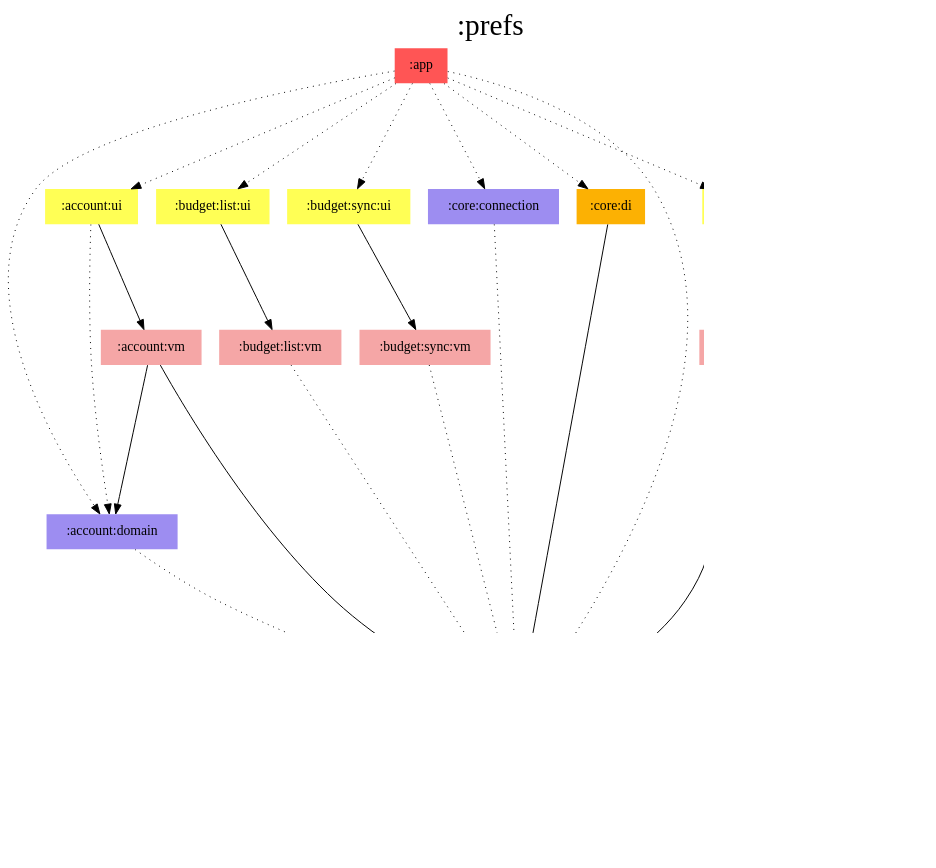
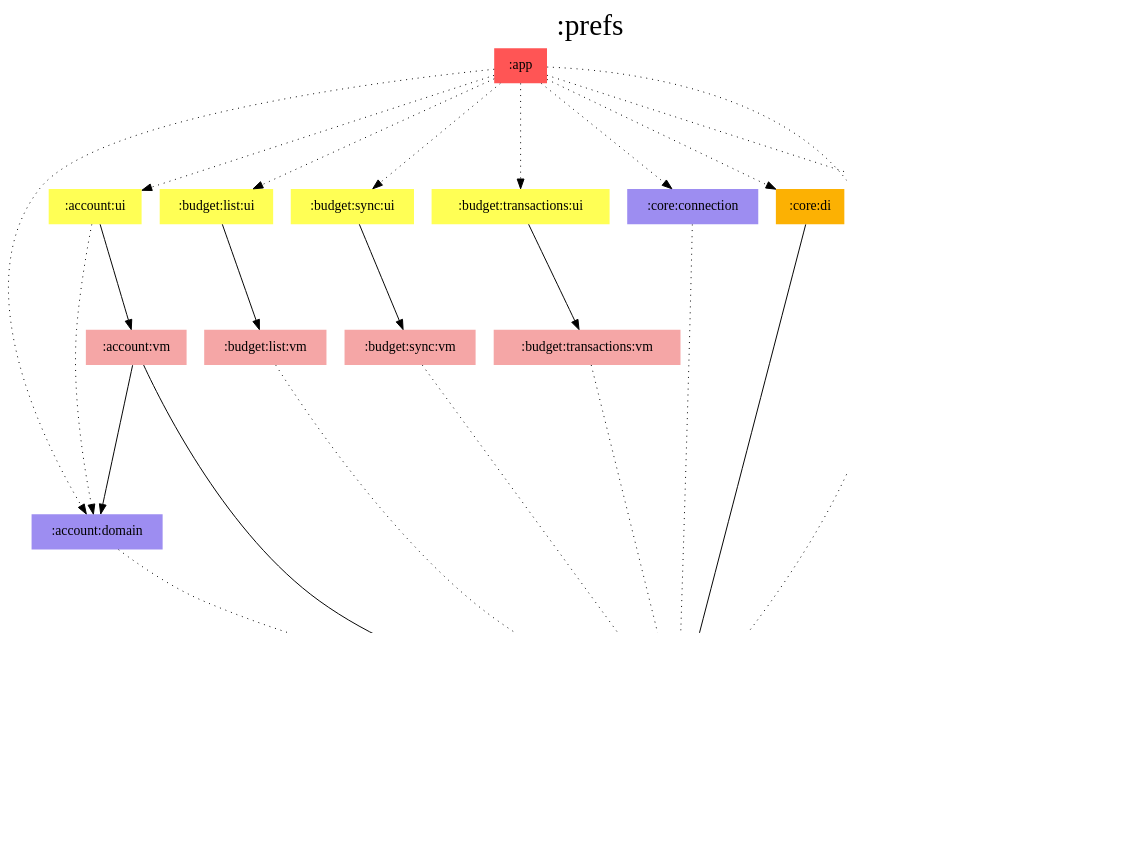
The diagram in modules/prefs/modules.dot (jonapoul/aktual), drawn with Graphviz before and after one commit. The commit also changed 110 other files, not shown here.

```diff
--- a/modules/prefs/modules.dot
+++ b/modules/prefs/modules.dot
@@ -1,61 +1,66 @@
 digraph {
 edge ["dir"="forward"]
 graph ["dpi"="100","label"=":prefs","labelloc"="t","fontsize"="30","ranksep"="1.5","rankdir"="TB"]
 node ["style"="filled"]
 ":account:domain" ["fillcolor"="#9D8DF1","shape"="none"]
 ":account:model" ["fillcolor"="#9D8DF1","shape"="none"]
 ":account:ui" ["fillcolor"="#FFFF55","shape"="none"]
 ":account:vm" ["fillcolor"="#F5A6A6","shape"="none"]
 ":app" ["fillcolor"="#FF5555","shape"="none"]
 ":budget:list:ui" ["fillcolor"="#FFFF55","shape"="none"]
 ":budget:list:vm" ["fillcolor"="#F5A6A6","shape"="none"]
 ":budget:sync:ui" ["fillcolor"="#FFFF55","shape"="none"]
 ":budget:sync:vm" ["fillcolor"="#F5A6A6","shape"="none"]
+":budget:transactions:ui" ["fillcolor"="#FFFF55","shape"="none"]
+":budget:transactions:vm" ["fillcolor"="#F5A6A6","shape"="none"]
 ":core:connection" ["fillcolor"="#9D8DF1","shape"="none"]
 ":core:di" ["fillcolor"="#FCB103","shape"="none"]
 ":core:model" ["fillcolor"="#9D8DF1","shape"="none"]
 ":prefs" ["fillcolor"="#9D8DF1","color"="black","penwidth"="3","shape"="box"]
 ":settings:ui" ["fillcolor"="#FFFF55","shape"="none"]
 ":settings:vm" ["fillcolor"="#F5A6A6","shape"="none"]
 {
 edge ["dir"="none"]
 graph ["rank"="same"]
 ":prefs"
 }
 ":account:domain" -> ":prefs" ["style"="dotted"]
 ":account:ui" -> ":account:domain" ["style"="dotted"]
 ":account:ui" -> ":account:vm"
 ":account:vm" -> ":account:domain"
 ":account:vm" -> ":prefs"
 ":app" -> ":account:domain" ["style"="dotted"]
 ":app" -> ":account:ui" ["style"="dotted"]
 ":app" -> ":budget:list:ui" ["style"="dotted"]
 ":app" -> ":budget:sync:ui" ["style"="dotted"]
+":app" -> ":budget:transactions:ui" ["style"="dotted"]
 ":app" -> ":core:connection" ["style"="dotted"]
 ":app" -> ":core:di" ["style"="dotted"]
 ":app" -> ":prefs" ["style"="dotted"]
 ":app" -> ":settings:ui" ["style"="dotted"]
 ":budget:list:ui" -> ":budget:list:vm"
 ":budget:list:vm" -> ":prefs" ["style"="dotted"]
 ":budget:sync:ui" -> ":budget:sync:vm"
 ":budget:sync:vm" -> ":prefs" ["style"="dotted"]
+":budget:transactions:ui" -> ":budget:transactions:vm"
+":budget:transactions:vm" -> ":prefs" ["style"="dotted"]
 ":core:connection" -> ":prefs" ["style"="dotted"]
 ":core:di" -> ":prefs"
 ":prefs" -> ":account:model"
 ":prefs" -> ":core:model"
 ":settings:ui" -> ":settings:vm"
 ":settings:vm" -> ":prefs"
 subgraph "cluster_legend" {
 edge ["dir"="none"]
 graph ["label"="Legend","fontsize"="20"]
 "Legend" ["style"="filled","fillcolor"="#FFFFFF","shape"="none","margin"="0","fontsize"="15","label"=<
 <TABLE BORDER="0" CELLBORDER="0" CELLSPACING="0" CELLPADDING="4">
 <TR><TD>App</TD><TD BGCOLOR="#FF5555">module-name</TD></TR>
 <TR><TD>ViewModel</TD><TD BGCOLOR="#F5A6A6">module-name</TD></TR>
 <TR><TD>Hilt</TD><TD BGCOLOR="#FCB103">module-name</TD></TR>
 <TR><TD>Compose</TD><TD BGCOLOR="#FFFF55">module-name</TD></TR>
 <TR><TD>Multiplatform</TD><TD BGCOLOR="#9D8DF1">module-name</TD></TR>
 </TABLE>
 >]
 } -> ":prefs" ["style"="invis"]
 }
```
